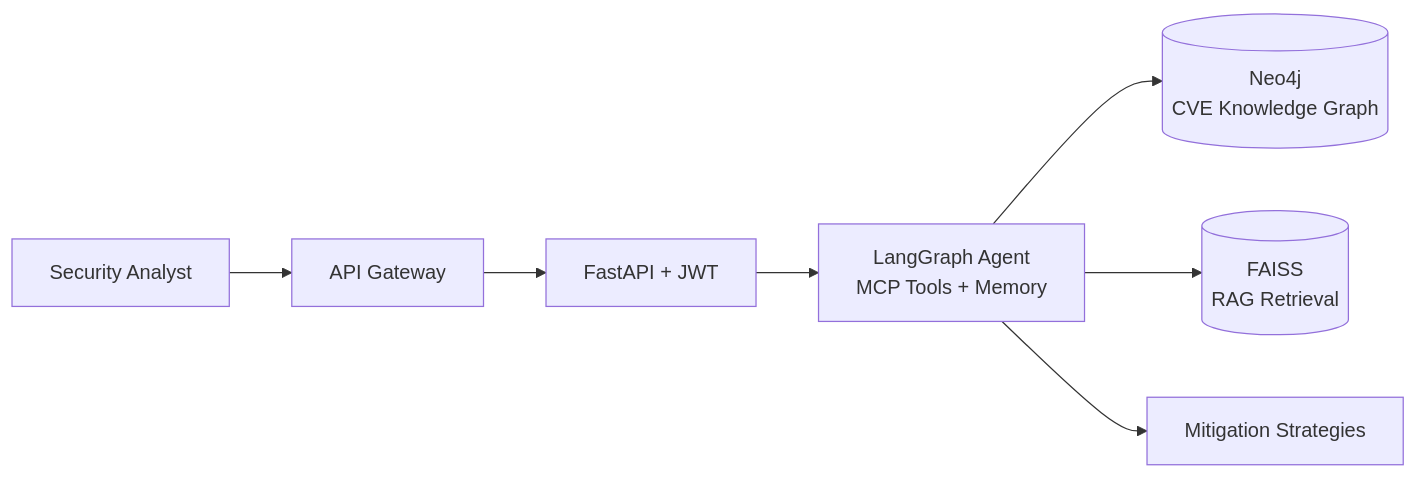
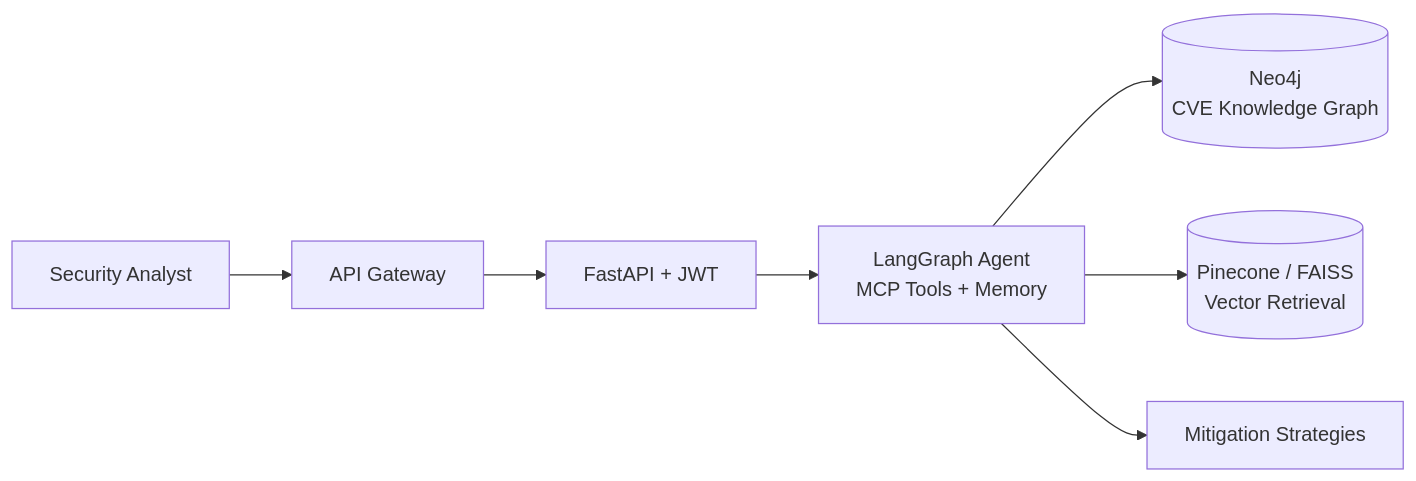
Before and after one commit to VIKASHL25/VIKASHL25: the second of 3 diagrams in README.md, drawn with Mermaid. The commit also changed other lines of this file, not shown here.

````diff
--- a/README.md
+++ b/README.md
@@ -161,9 +164,9 @@
 ```mermaid
 flowchart LR
     U[Security Analyst] --> G[API Gateway]
     G --> A[FastAPI + JWT]
     A --> AG[LangGraph Agent<br/>MCP Tools + Memory]
     AG --> N[(Neo4j<br/>CVE Knowledge Graph)]
-    AG --> R[(FAISS<br/>RAG Retrieval)]
+    AG --> R[(Pinecone / FAISS<br/>Vector Retrieval)]
     AG --> M[Mitigation Strategies]
 ```
````
